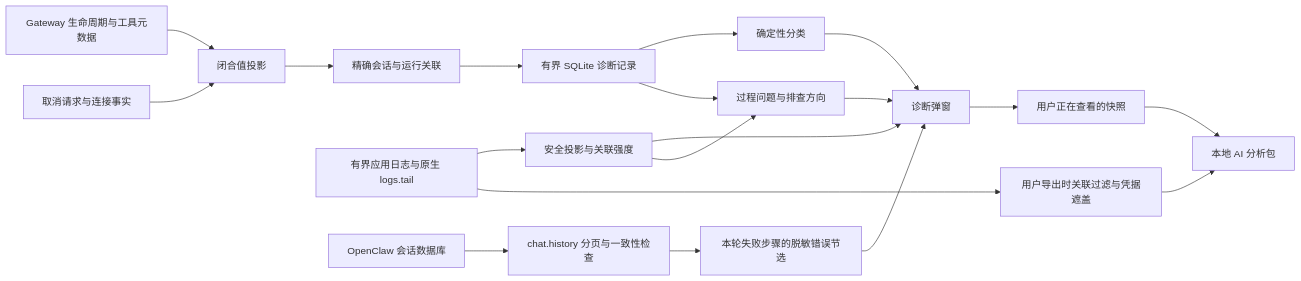
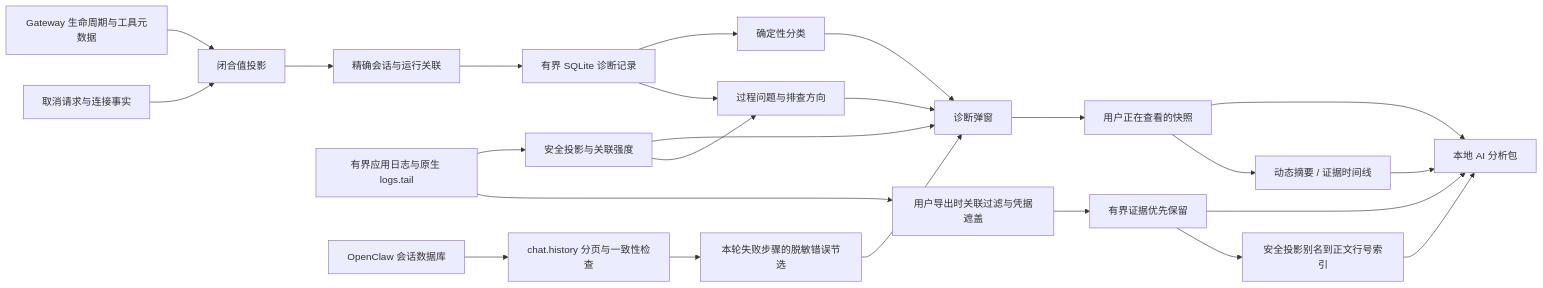
The diagram in docs/features/chat/session-diagnostics.md (liangxhao/JustDo), drawn with Mermaid before and after one commit. The commit also changed other lines of this file and 28 other files, not shown here.

````diff
--- a/docs/features/chat/session-diagnostics.md
+++ b/docs/features/chat/session-diagnostics.md
@@ -364,21 +390,26 @@
 ```mermaid
 flowchart LR
   GW[Gateway 生命周期与工具元数据] --> Projection[闭合值投影]
   Local[取消请求与连接事实] --> Projection
   Projection --> Identity[精确会话与运行关联]
   Identity --> DB[有界 SQLite 诊断记录]
   DB --> Rules[确定性分类]
   Rules --> UI[诊断弹窗]
   Logs[有界应用日志与原生 logs.tail] --> SafeLogs[安全投影与关联强度]
   SafeLogs --> UI
   DB --> Findings[过程问题与排查方向]
   SafeLogs --> Findings
   NativeDB[OpenClaw 会话数据库] --> History[chat.history 分页与一致性检查]
   History --> Excerpts[本轮失败步骤的脱敏错误节选]
   Excerpts --> UI
   Findings --> UI
   UI --> Snapshot[用户正在查看的快照]
   Snapshot --> ZIP[本地 AI 分析包]
   Logs --> ExportOnly[用户导出时关联过滤与凭据遮盖]
-  ExportOnly --> ZIP
+  ExportOnly --> Priority[有界证据优先保留]
+  Priority --> ZIP
+  Snapshot --> Overview[动态摘要 / 证据时间线]
+  Overview --> ZIP
+  Priority --> Index[安全投影别名到正文行号索引]
+  Index --> ZIP
 ```
````
